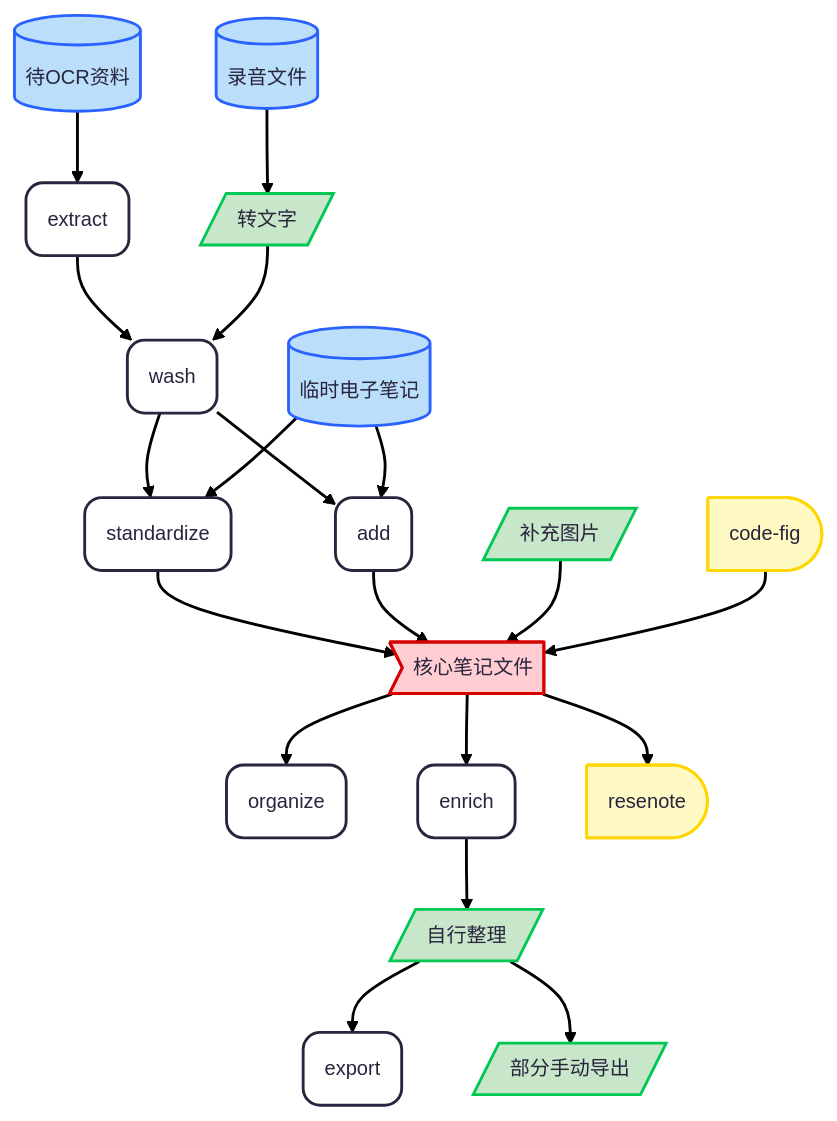
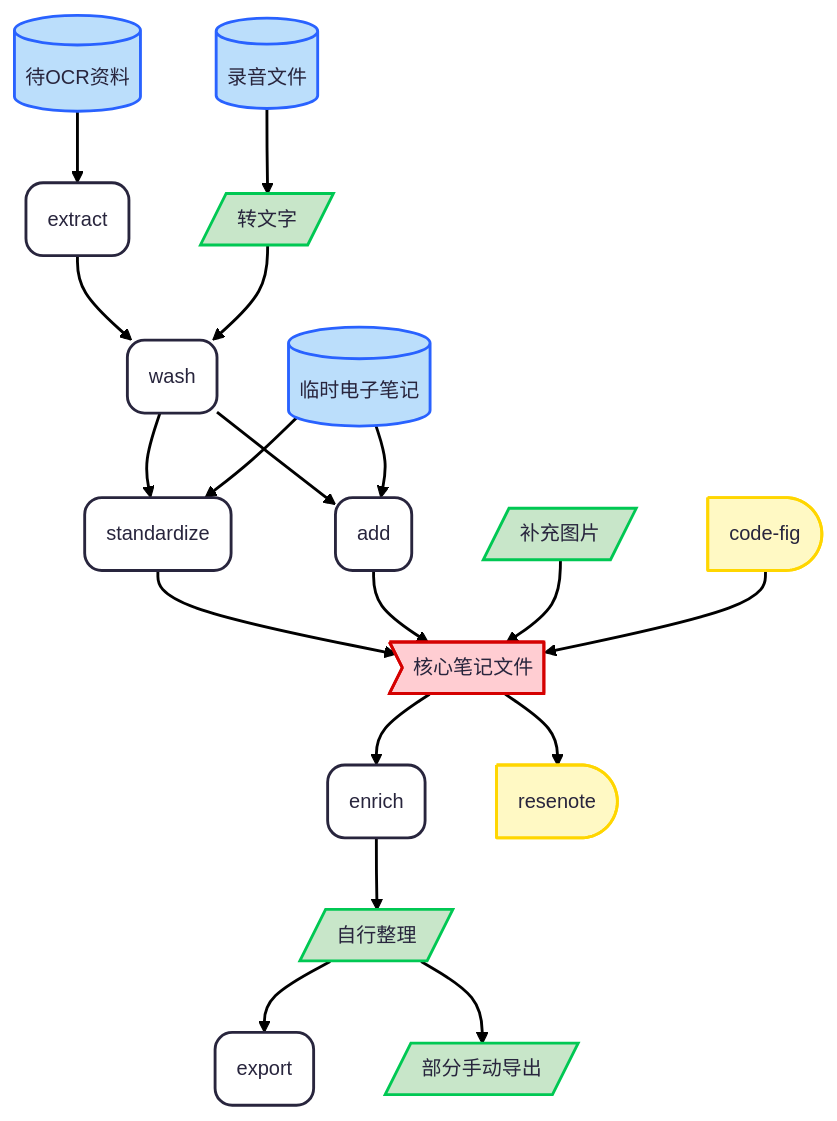
One commit to ursa-minor-alkaid/Ordinote changed the diagram in README.md. Above: the diagram before and after it, drawn with Mermaid. The commit also changed other lines of this file and 10 other files, not shown here.

````diff
--- a/README.md
+++ b/README.md
@@ -83,48 +113,47 @@
 ```mermaid
 ---
 config:
   theme: redux
   layout: dagre
 ---
 flowchart TB
     n1["待OCR资料"] --> n2["extract"]
     n2 --> n3["wash"]
     n4["录音文件"] --> n5["转文字"]
     n5 --> n3
     n3 --> n6["standardize"] & n11["add"]
     n7["临时电子笔记"] --> n6 & n11
     n6 --> n8>"核心笔记文件"]
-    n8 --> n9["organize"] & n10["enrich"] & n17["resenote"]
+    n8 --> n10["enrich"] & n17["resenote"]
     n11 --> n8
     n10 --> n12["自行整理"]
     n13["补充图片"] --> n8
     n12 --> n14["export"] & n15["部分手动导出"]
     n16["code-fig"] --> n8
 
     n1@{ shape: cyl}
     n2@{ shape: rounded}
     n3@{ shape: rounded}
     n4@{ shape: cyl}
     n5@{ shape: lean-r}
     n6@{ shape: rounded}
     n11@{ shape: rounded}
     n7@{ shape: cyl}
-    n9@{ shape: rounded}
     n10@{ shape: rounded}
     n17@{ shape: delay}
     n12@{ shape: lean-r}
     n13@{ shape: lean-r}
     n14@{ shape: rounded}
     n15@{ shape: lean-r}
     n16@{ shape: delay}
     style n1 fill:#BBDEFB,stroke:#2962FF
     style n4 stroke:#2962FF,fill:#BBDEFB
     style n5 fill:#C8E6C9,stroke:#00C853
     style n7 stroke:#2962FF,fill:#BBDEFB
     style n8 fill:#FFCDD2,stroke:#D50000
     style n17 fill:#FFF9C4,stroke:#FFD600
     style n12 stroke:#00C853,fill:#C8E6C9
     style n13 stroke:#00C853,fill:#C8E6C9
     style n15 stroke:#00C853,fill:#C8E6C9
     style n16 fill:#FFF9C4,stroke:#FFD600
 ```
````
